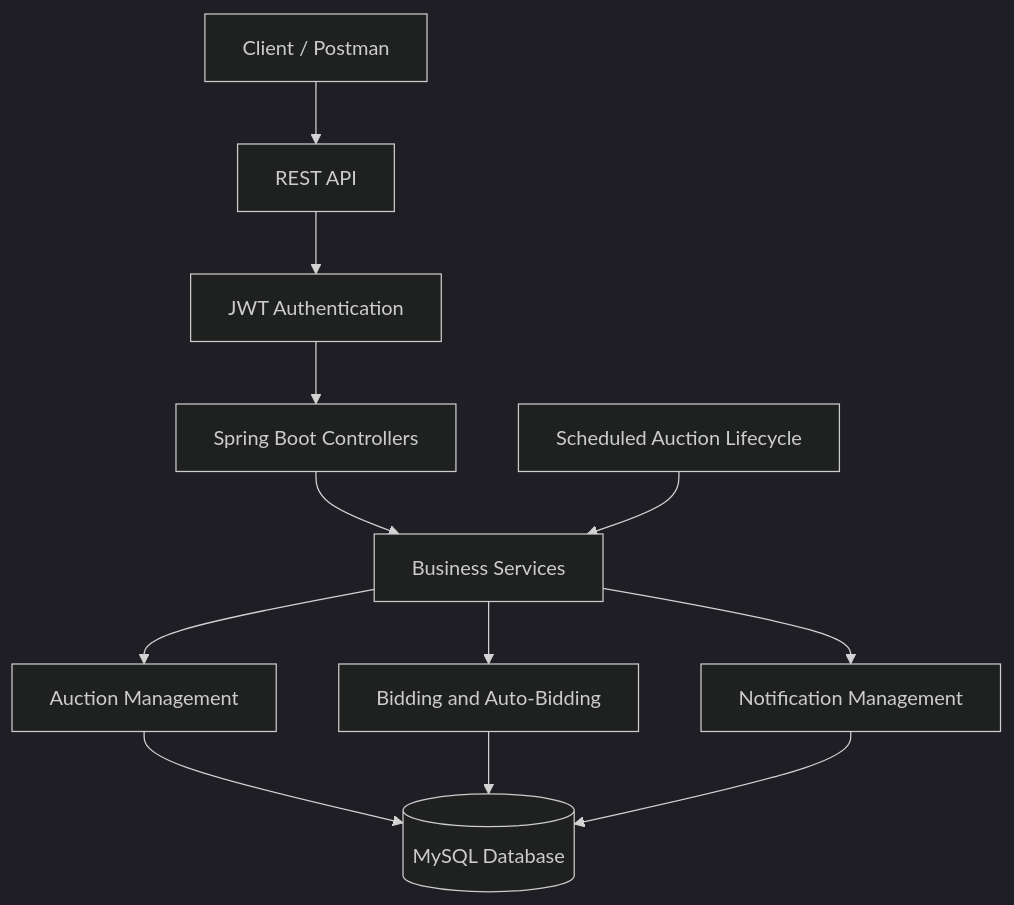
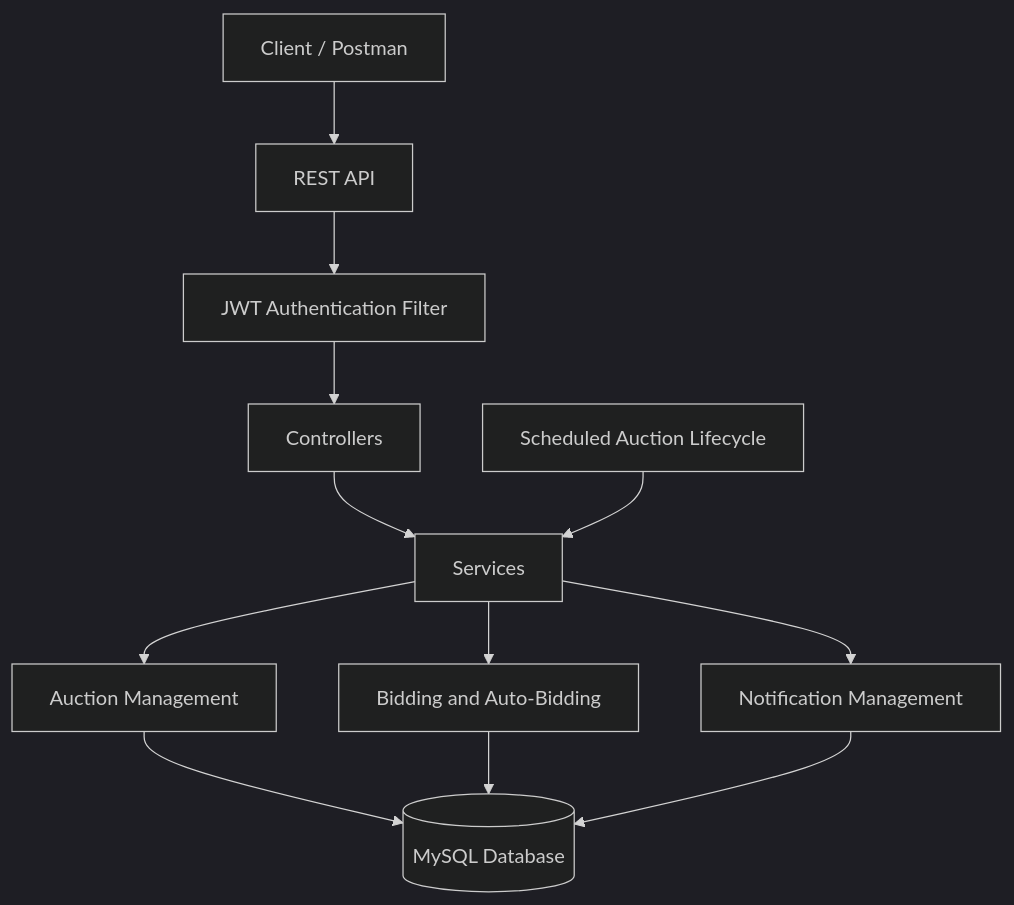
Before and after one commit to sujithakrishna/livebid-springboot-auction-system: the first of 2 diagrams in README.md, drawn with Mermaid (dark theme). The commit also changed other lines of this file, not shown here.

````diff
--- a/README.md
+++ b/README.md
@@ -97,14 +113,14 @@
 ```mermaid
 flowchart TD
     A[Client / Postman] --> B[REST API]
-    B --> C[JWT Authentication]
-    C --> D[Spring Boot Controllers]
-    D --> E[Business Services]
+    B --> C[JWT Authentication Filter]
+    C --> D[Controllers]
+    D --> E[Services]
     E --> F[Auction Management]
     E --> G[Bidding and Auto-Bidding]
     E --> H[Notification Management]
     F --> I[(MySQL Database)]
     G --> I
     H --> I
     J[Scheduled Auction Lifecycle] --> E
 ```
````
